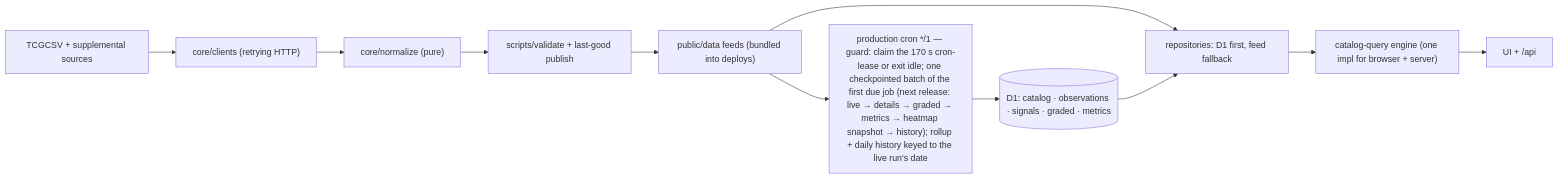
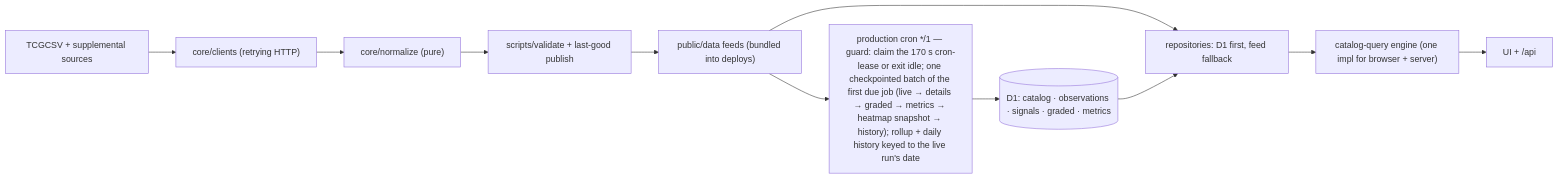
The third of 3 diagrams in docs/helicopter-view.md (cjord/rawsignal), drawn with Mermaid before and after one commit. The commit also changed 3 other files, not shown here.

Commit message:
Record production heatmap deployment and snapshot migration

````diff
--- a/docs/helicopter-view.md
+++ b/docs/helicopter-view.md
@@ -106,18 +106,18 @@
 ```mermaid
 flowchart LR
   src["TCGCSV + supplemental sources"]
   clients["core/clients (retrying HTTP)"]
   norm["core/normalize (pure)"]
   val["scripts/validate + last-good publish"]
   pub["public/data feeds (bundled into deploys)"]
-  cron["production cron */1 — guard: claim the 170 s cron-lease or exit idle; one checkpointed batch of the first due job (next release: live → details → graded → metrics → heatmap snapshot → history); rollup + daily history keyed to the live run's date"]
+  cron["production cron */1 — guard: claim the 170 s cron-lease or exit idle; one checkpointed batch of the first due job (live → details → graded → metrics → heatmap snapshot → history); rollup + daily history keyed to the live run's date"]
   d1[("D1: catalog · observations · signals · graded · metrics")]
   repos["repositories: D1 first, feed fallback"]
   engine["catalog-query engine (one impl for browser + server)"]
   uiEnd["UI + /api"]
 
   src --> clients --> norm --> val --> pub
   pub --> cron --> d1
   pub --> repos
   d1 --> repos --> engine --> uiEnd
 ```
````
